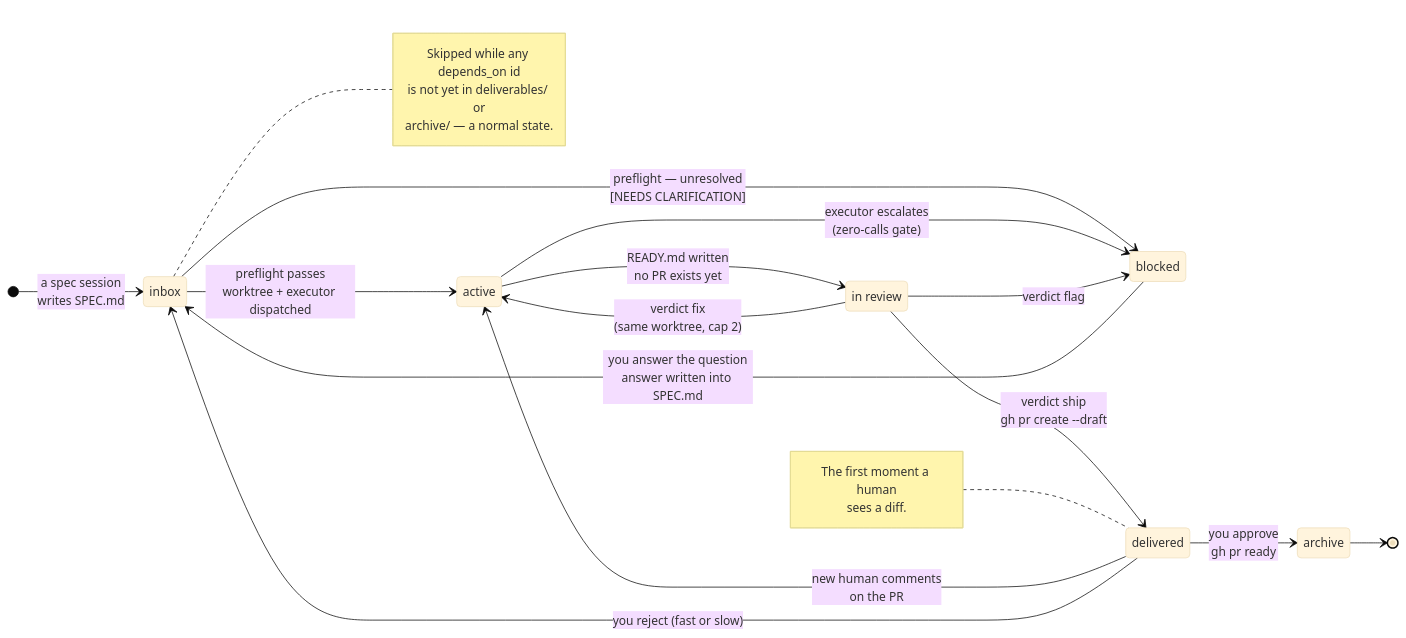
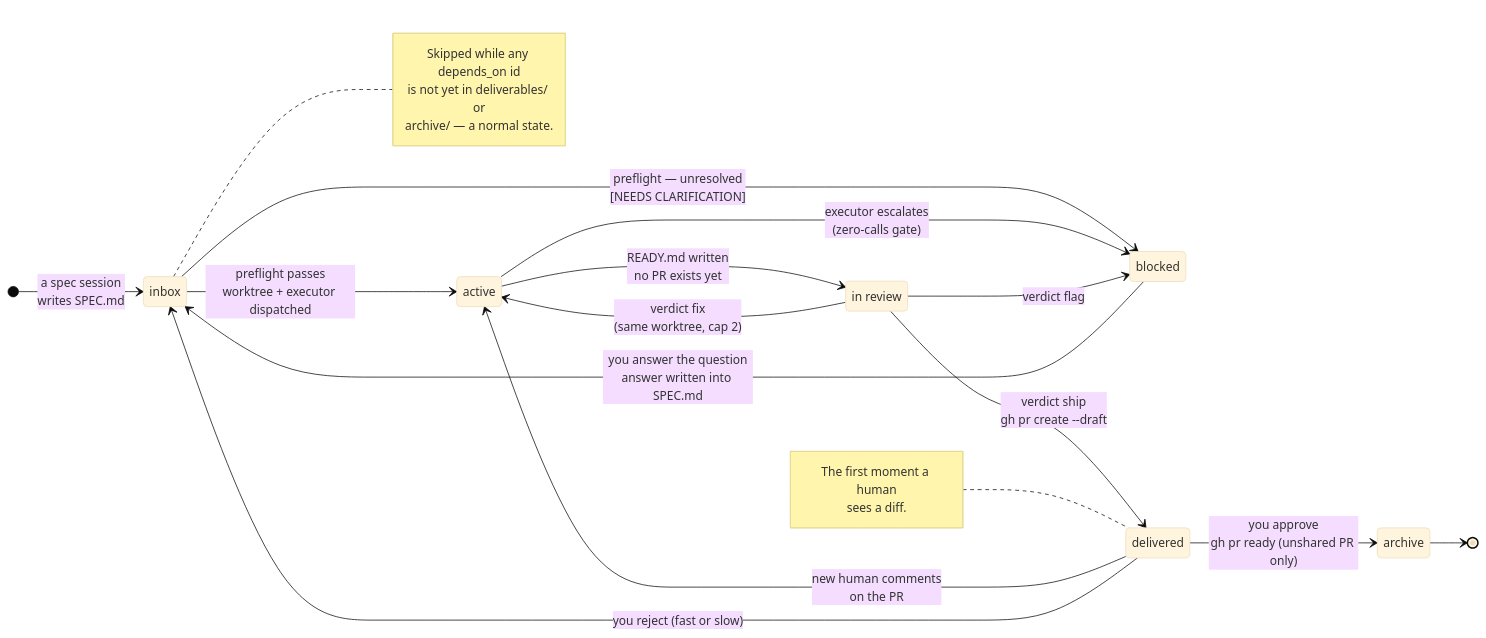
The diagram in docs/ARCHITECTURE.md (phspagiari/drydock), drawn with Mermaid (base theme) before and after one commit. The commit also changed 6 other files, not shown here.

````diff
--- a/docs/ARCHITECTURE.md
+++ b/docs/ARCHITECTURE.md
@@ -77,34 +77,34 @@
 ```mermaid
 stateDiagram-v2
     direction LR
 
     [*] --> inbox : a spec session<br/>writes SPEC.md
 
     inbox --> blocked : preflight — unresolved<br/>[NEEDS CLARIFICATION]
     inbox --> active : preflight passes<br/>worktree + executor dispatched
     note right of inbox
         Skipped while any depends_on id
         is not yet in deliverables/ or
         archive/ — a normal state.
     end note
 
     active --> blocked : executor escalates<br/>(zero-calls gate)
     active --> in_review : READY.md written<br/>no PR exists yet
 
     state "in review" as in_review
     in_review --> active : verdict fix<br/>(same worktree, cap 2)
     in_review --> blocked : verdict flag
     in_review --> delivered : verdict ship<br/>gh pr create --draft
 
     blocked --> inbox : you answer the question<br/>answer written into SPEC.md
 
     delivered --> active : new human comments<br/>on the PR
     delivered --> inbox : you reject (fast or slow)
-    delivered --> archive : you approve<br/>gh pr ready
+    delivered --> archive : you approve<br/>gh pr ready (unshared PR only)
     archive --> [*]
 
     note left of delivered
         The first moment a human
         sees a diff.
     end note
 ```
````
